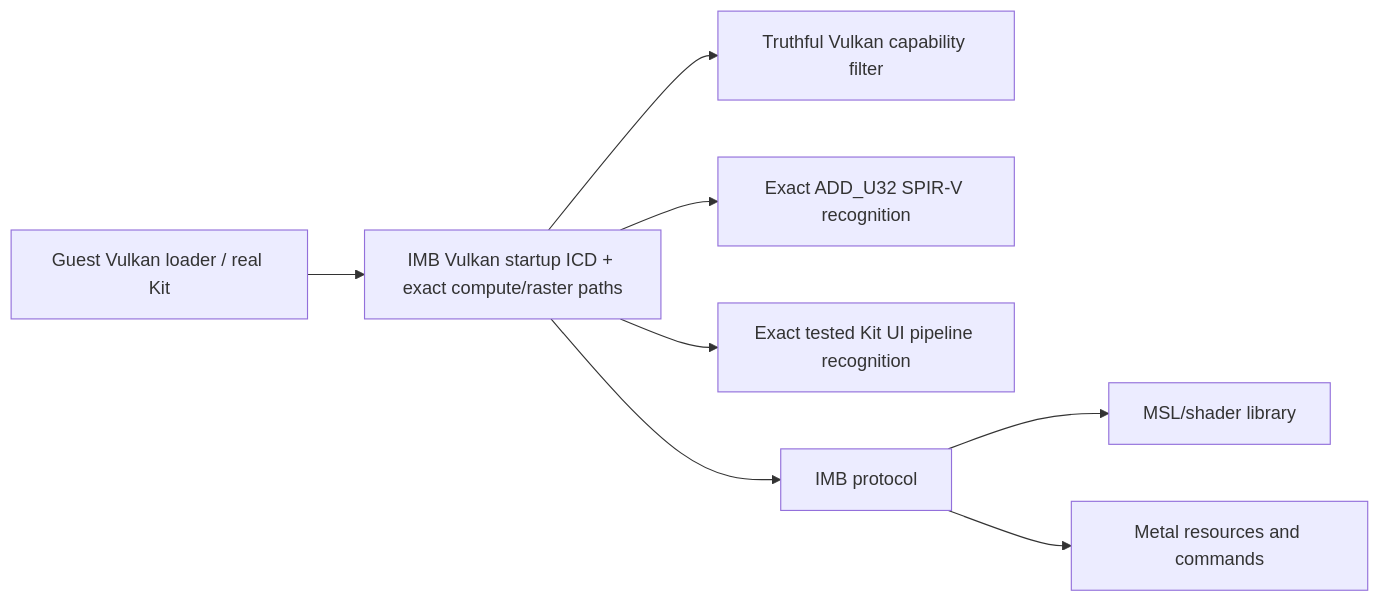
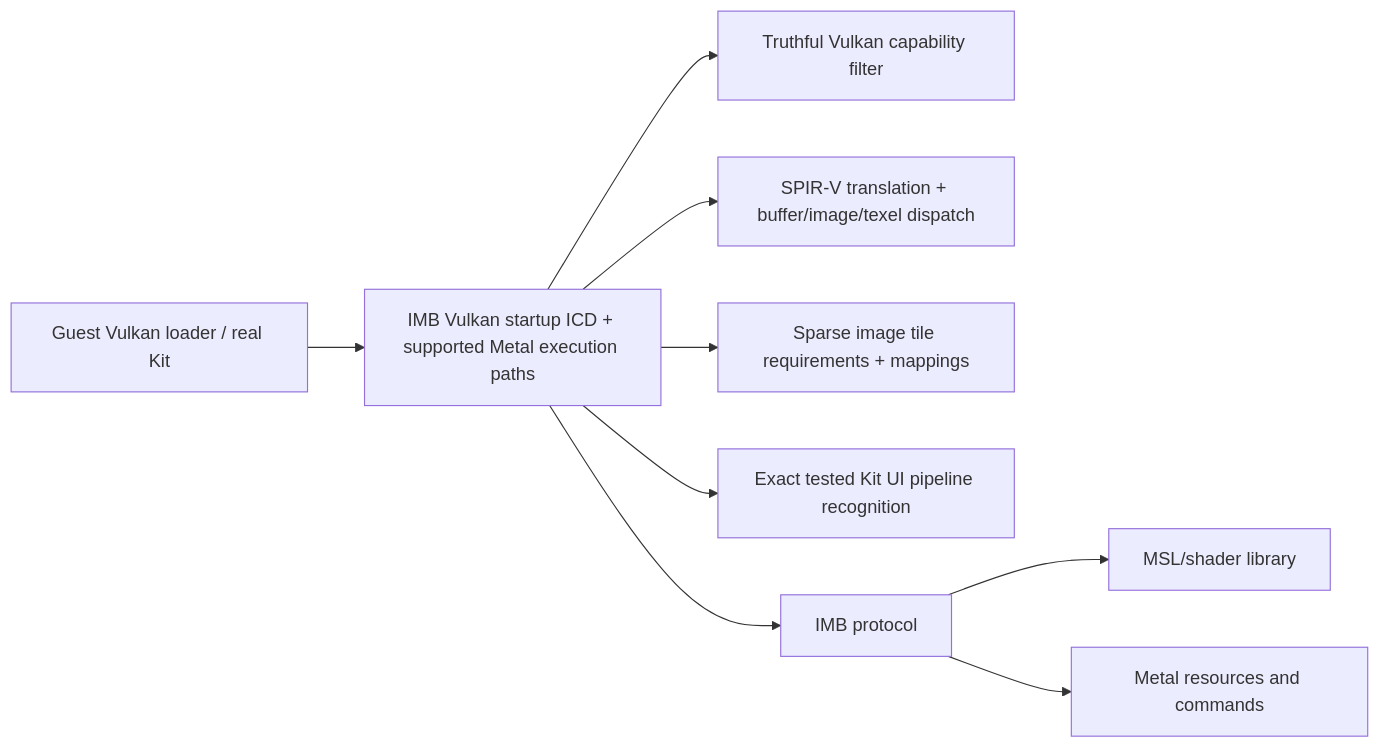
Before and after one commit to syun88/IsaacMetalBridge: the fifth of 8 diagrams in docs/architecture.md, drawn with Mermaid. The commit also changed other lines of this file and 33 other files, not shown here.

````diff
--- a/docs/architecture.md
+++ b/docs/architecture.md
@@ -77,10 +77,11 @@
 ```mermaid
 flowchart LR
-  VKL["Guest Vulkan loader / real Kit"] --> ICD["IMB Vulkan startup ICD + exact compute/raster paths"]
+  VKL["Guest Vulkan loader / real Kit"] --> ICD["IMB Vulkan startup ICD + supported Metal execution paths"]
   ICD --> CAPS["Truthful Vulkan capability filter"]
-  ICD --> SPV["Exact ADD_U32 SPIR-V recognition"]
+  ICD --> SPV["SPIR-V translation + buffer/image/texel dispatch"]
+  ICD --> SPR["Sparse image tile requirements + mappings"]
   ICD --> UI["Exact tested Kit UI pipeline recognition"]
   ICD --> P["IMB protocol"]
   P --> MSL["MSL/shader library"]
   P --> MR["Metal resources and commands"]
 ```
````
